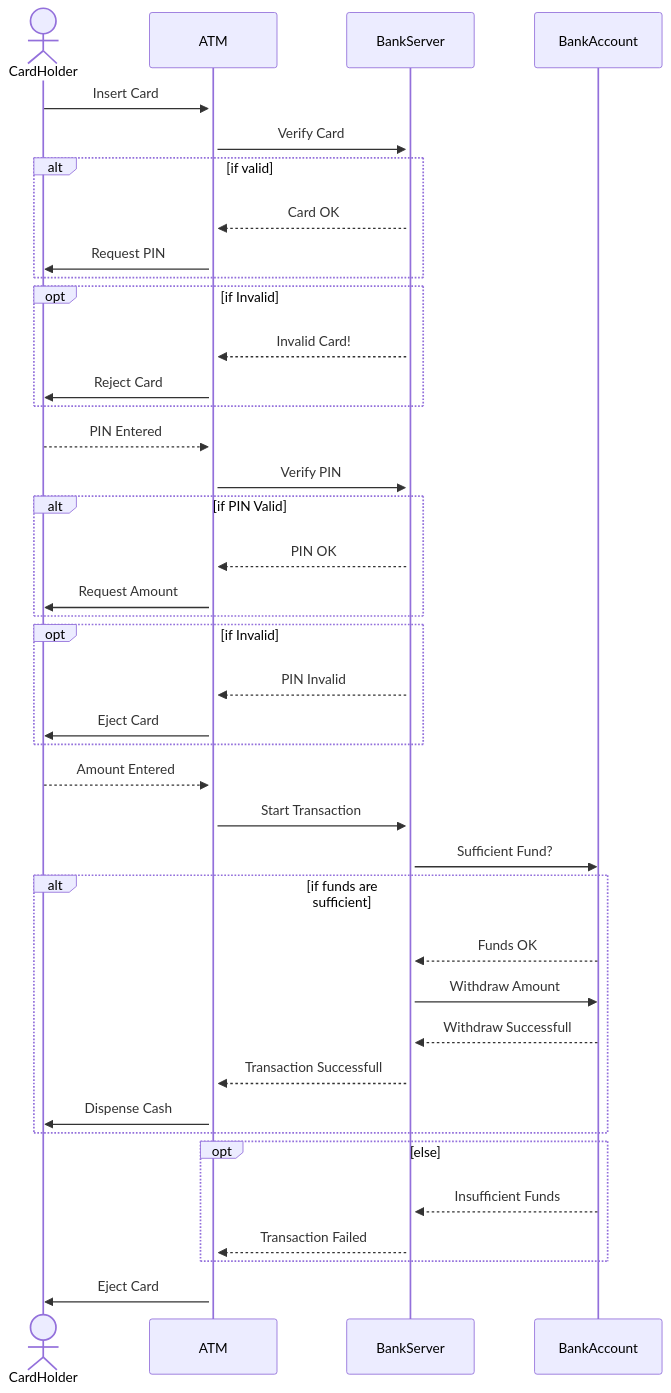
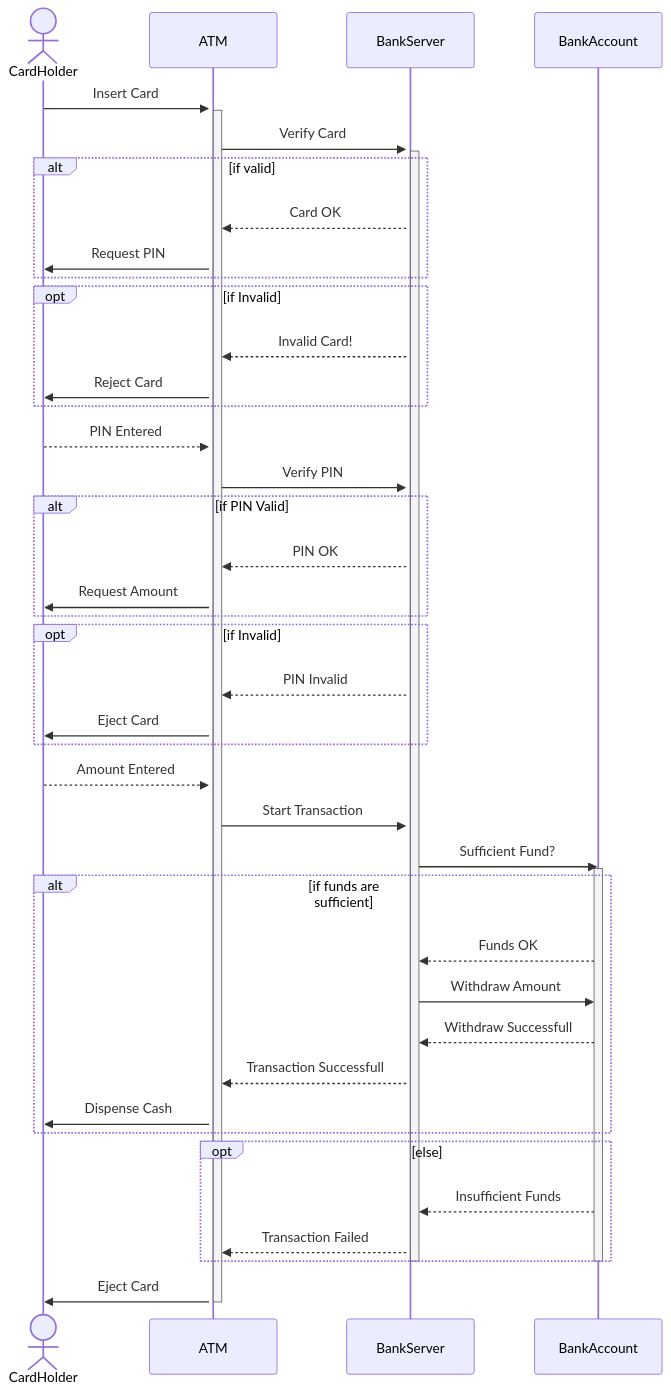
One commit to MehediMayall/uml changed the diagram in mermaid/SequenceDiagram/ATM.md. Above: the diagram before and after it, drawn with Mermaid.

````diff
--- a/mermaid/SequenceDiagram/ATM.md
+++ b/mermaid/SequenceDiagram/ATM.md
@@ -1,50 +1,56 @@
 ```mermaid
 sequenceDiagram
     actor CardHolder
     participant ATM
     participant BankServer  
     participant BankAccount
+
+    activate ATM
+    activate BankServer
 
     CardHolder->>+ATM: Insert Card
     ATM->>+BankServer: Verify Card
     alt if valid
         BankServer-->>ATM: Card OK
         ATM->>CardHolder: Request PIN
     end
     opt if Invalid
         BankServer-->>ATM: Invalid Card!
         ATM->>CardHolder: Reject Card
     end
 
     CardHolder-->>ATM: PIN Entered
     ATM->>BankServer: Verify PIN
 
     alt if PIN Valid
         BankServer-->>ATM: PIN OK
         ATM->>CardHolder: Request Amount
     end
     opt if Invalid
         BankServer-->>ATM: PIN Invalid
         ATM->>CardHolder: Eject Card
     end
 
     CardHolder-->>ATM: Amount Entered
     ATM->>BankServer: Start Transaction
     BankServer->>BankAccount: Sufficient Fund?
 
+    activate BankAccount
     alt if funds are sufficient
         BankAccount-->>BankServer: Funds OK
         BankServer->>BankAccount: Withdraw Amount
         BankAccount-->>BankServer: Withdraw Successfull
         BankServer-->>ATM: Transaction Successfull
         ATM->>CardHolder: Dispense Cash
     end
     opt else
         BankAccount-->>BankServer: Insufficient Funds
         BankServer-->>ATM: Transaction Failed
     end
+    deactivate BankAccount
+    deactivate BankServer
 
     ATM->>CardHolder: Eject Card
-    
+    deactivate ATM
 
 ```
````
